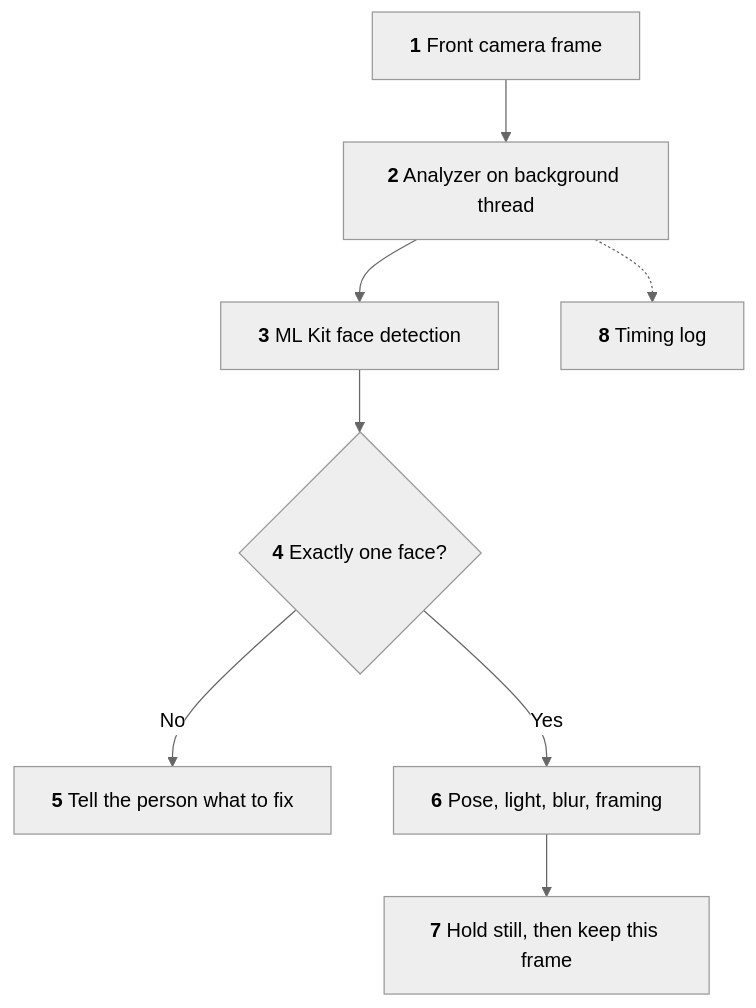
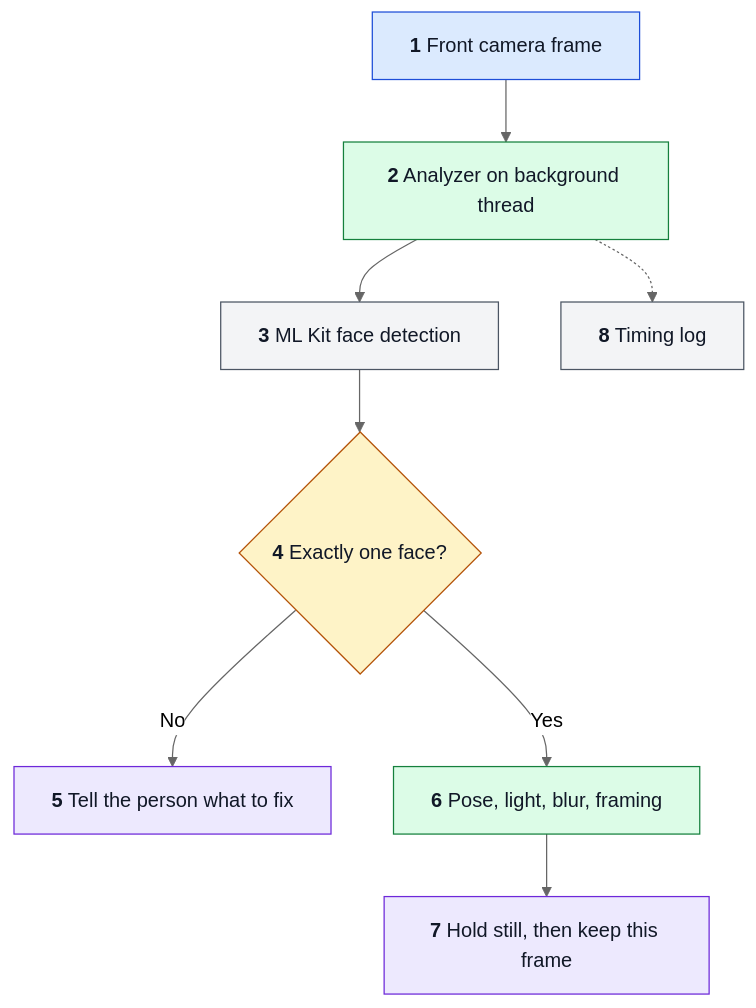
One commit to hamza-aziz-ai/Face-Dataset-Collector changed the first of 2 diagrams in README.md. Above: the diagram before and after it, drawn with Mermaid (neutral theme). The commit also changed other lines of this file, not shown here.

````diff
--- a/README.md
+++ b/README.md
@@ -11,10 +53,15 @@
 ```mermaid
 flowchart TD
-    A["`**1** Front camera frame`"] --> B["`**2** Analyzer on background thread`"]
-    B --> C["`**3** ML Kit face detection`"]
-    C --> D{"`**4** Exactly one face?`"}
-    D -->|No| E["`**5** Tell the person what to fix`"]
-    D -->|Yes| F["`**6** Pose, light, blur, framing`"]
-    F --> G["`**7** Hold still, then keep this frame`"]
-    B -.-> H["`**8** Timing log`"]
+    classDef way fill:#dbeafe,stroke:#1d4ed8,color:#111827
+    classDef step fill:#dcfce7,stroke:#15803d,color:#111827
+    classDef decide fill:#fef3c7,stroke:#b45309,color:#111827
+    classDef seen fill:#ede9fe,stroke:#6d28d9,color:#111827
+    classDef outside fill:#f3f4f6,stroke:#4b5563,color:#111827
+    A["`**1** Front camera frame`"]:::way --> B["`**2** Analyzer on background thread`"]:::step
+    B --> C["`**3** ML Kit face detection`"]:::outside
+    C --> D{"`**4** Exactly one face?`"}:::decide
+    D -->|No| E["`**5** Tell the person what to fix`"]:::seen
+    D -->|Yes| F["`**6** Pose, light, blur, framing`"]:::step
+    F --> G["`**7** Hold still, then keep this frame`"]:::seen
+    B -.-> H["`**8** Timing log`"]:::outside
 ```
````
